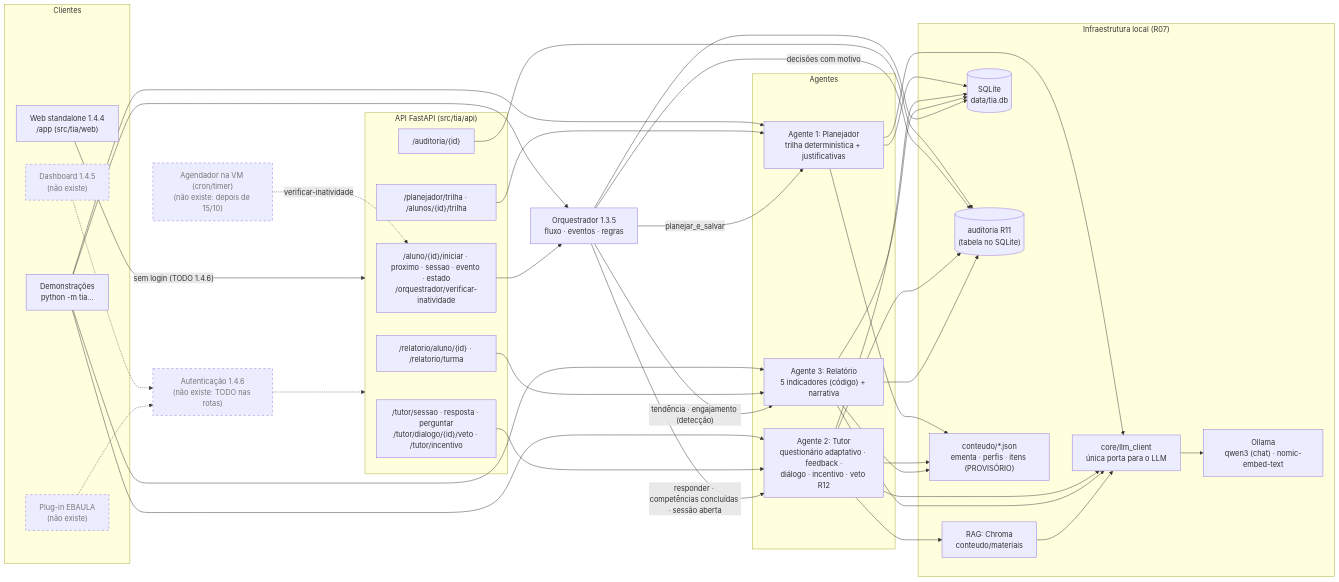
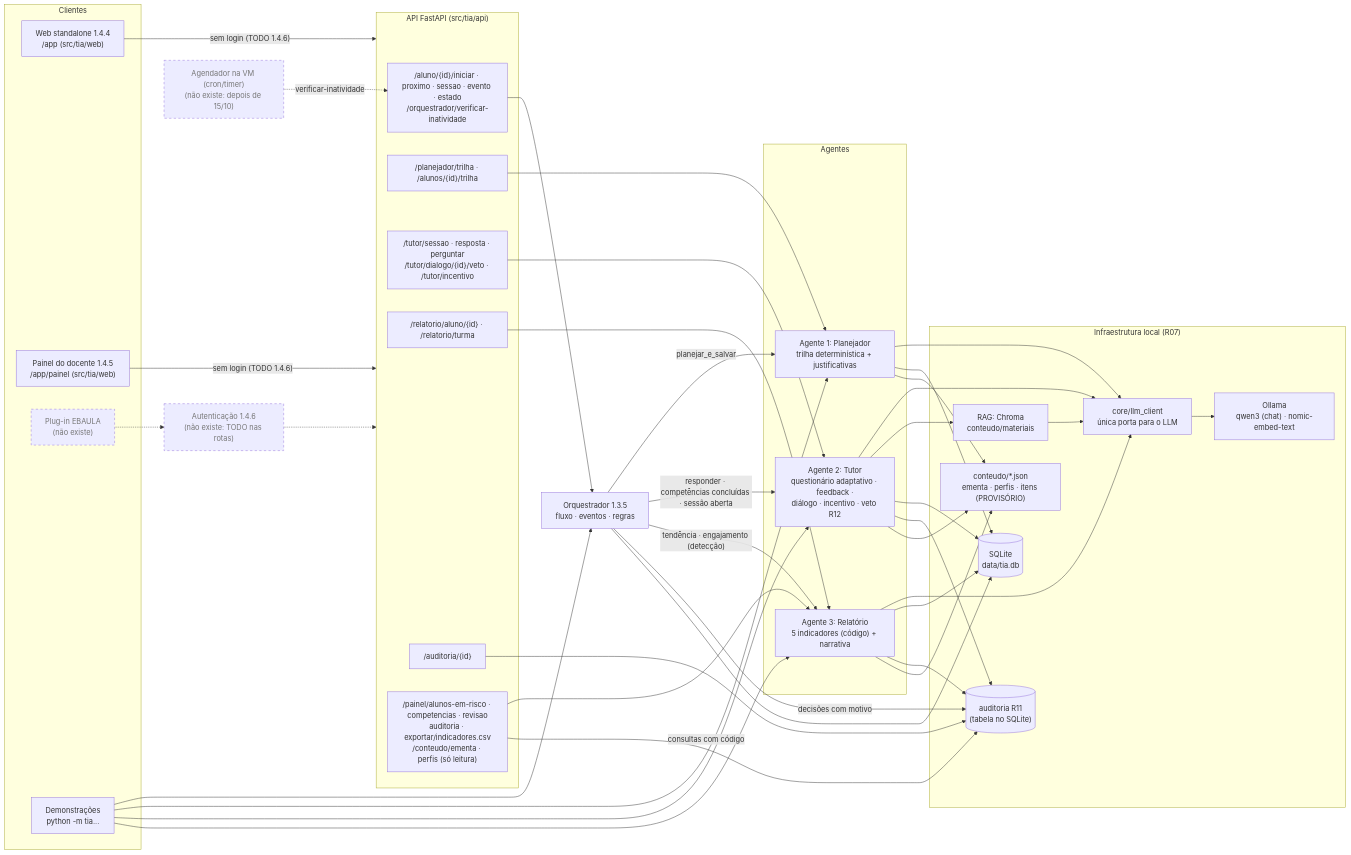
One commit to AdrianoPortes403/tia-projeto changed the first of 2 diagrams in docs/arquitetura/arquitetura.md. Above: the diagram before and after it, drawn with Mermaid. The commit also changed other lines of this file and 24 other files, not shown here.

Commit message:
feat: painel do docente em /app/painel (indicadores, alertas, competências, revisão e auditoria); veto passa a gerar registro de auditoria

````diff
--- a/docs/arquitetura/arquitetura.md
+++ b/docs/arquitetura/arquitetura.md
@@ -11,64 +11,67 @@
 ```mermaid
 flowchart LR
     subgraph Clientes
         WEB["Web standalone 1.4.4<br/>/app (src/tia/web)"]
-        DASH["Dashboard 1.4.5<br/>(não existe)"]:::futuro
+        DASH["Painel do docente 1.4.5<br/>/app/painel (src/tia/web)"]
         EBA["Plug-in EBAULA<br/>(não existe)"]:::futuro
         CLI["Demonstrações<br/>python -m tia..."]
     end
 
     AUTH["Autenticação 1.4.6<br/>(não existe: TODO nas rotas)"]:::futuro
     CRON["Agendador na VM (cron/timer)<br/>(não existe: depois de 15/10)"]:::futuro
 
     subgraph API["API FastAPI (src/tia/api)"]
         RORQ["/aluno/{id}/iniciar · proximo · sessao · evento · estado<br/>/orquestrador/verificar-inatividade"]
         RPLAN["/planejador/trilha · /alunos/{id}/trilha"]
         RTUT["/tutor/sessao · resposta · perguntar<br/>/tutor/dialogo/{id}/veto · /tutor/incentivo"]
         RREL["/relatorio/aluno/{id} · /relatorio/turma"]
         RAUD["/auditoria/{id}"]
+        RPAI["/painel/alunos-em-risco · competencias · revisao<br/>auditoria · exportar/indicadores.csv<br/>/conteudo/ementa · perfis (só leitura)"]
     end
 
     ORQ["Orquestrador 1.3.5<br/>fluxo · eventos · regras"]
 
     subgraph Agentes
         A1["Agente 1: Planejador<br/>trilha determinística + justificativas"]
         A2["Agente 2: Tutor<br/>questionário adaptativo · feedback ·<br/>diálogo · incentivo · veto R12"]
         A3["Agente 3: Relatório<br/>5 indicadores (código) + narrativa"]
     end
 
     subgraph Infra["Infraestrutura local (R07)"]
         LLM["core/llm_client<br/>única porta para o LLM"]
         OLL["Ollama<br/>qwen3 (chat) · nomic-embed-text"]
         RAG["RAG: Chroma<br/>conteudo/materiais"]
         DB[("SQLite<br/>data/tia.db")]
         AUD[("auditoria R11<br/>(tabela no SQLite)")]
         CONT["conteudo/*.json<br/>ementa · perfis · itens (PROVISÓRIO)"]
     end
 
-    WEB -->|"sem login (TODO 1.4.6)"| API
-    DASH & EBA -.-> AUTH -.-> API
+    WEB & DASH -->|"sem login (TODO 1.4.6)"| API
+    EBA -.-> AUTH -.-> API
     CRON -.->|"verificar-inatividade"| RORQ
     CLI --> ORQ & A1 & A2 & A3
     RORQ --> ORQ
     RPLAN --> A1
     RTUT --> A2
     RREL --> A3
     RAUD --> AUD
+    RPAI --> A3
+    RPAI -->|"consultas com código"| AUD
 
     ORQ -->|"planejar_e_salvar"| A1
     ORQ -->|"responder · competências concluídas · sessão aberta"| A2
     ORQ -->|"tendência · engajamento (detecção)"| A3
     ORQ -->|"decisões com motivo"| AUD
 
     A1 --> LLM
     A2 --> LLM
     A3 --> LLM
     A2 --> RAG
     RAG --> LLM
     LLM --> OLL
     A1 & A2 & A3 & ORQ --> DB
     A2 & A3 --> AUD
     A1 & A2 & A3 --> CONT
 
     classDef futuro stroke-dasharray: 5 5,color:#777
 ```
````
